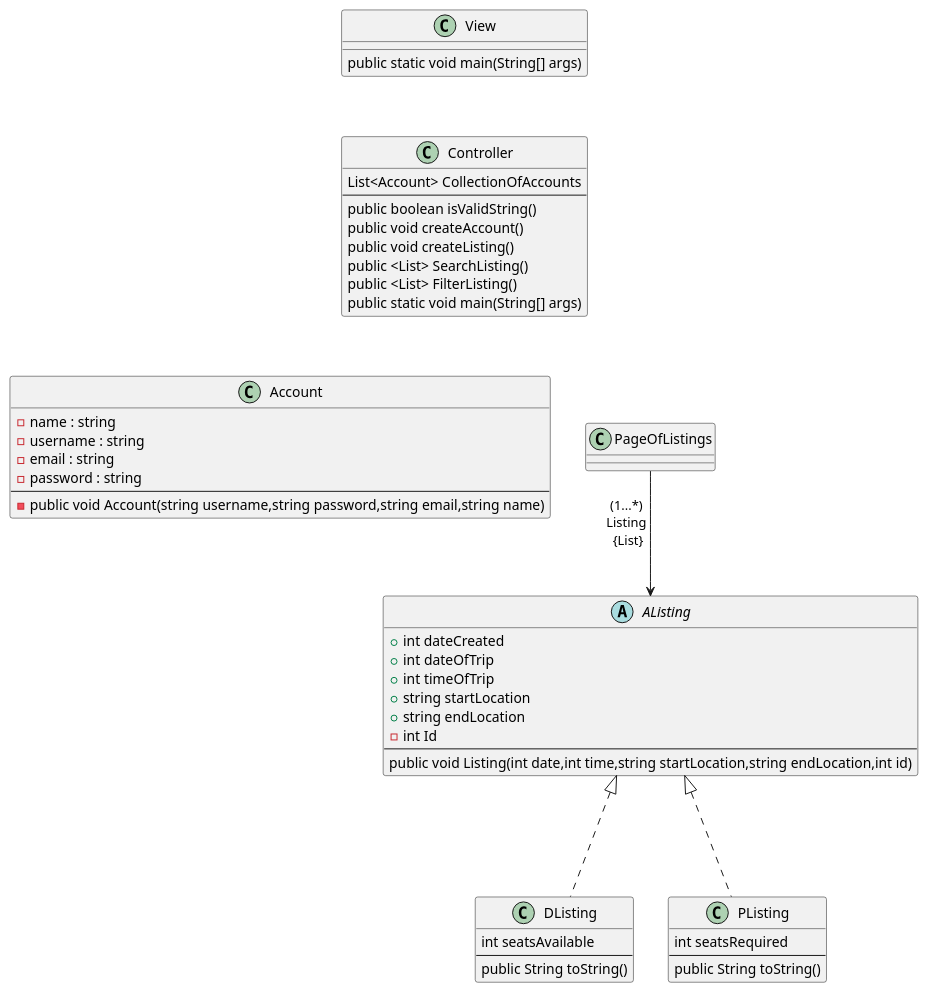
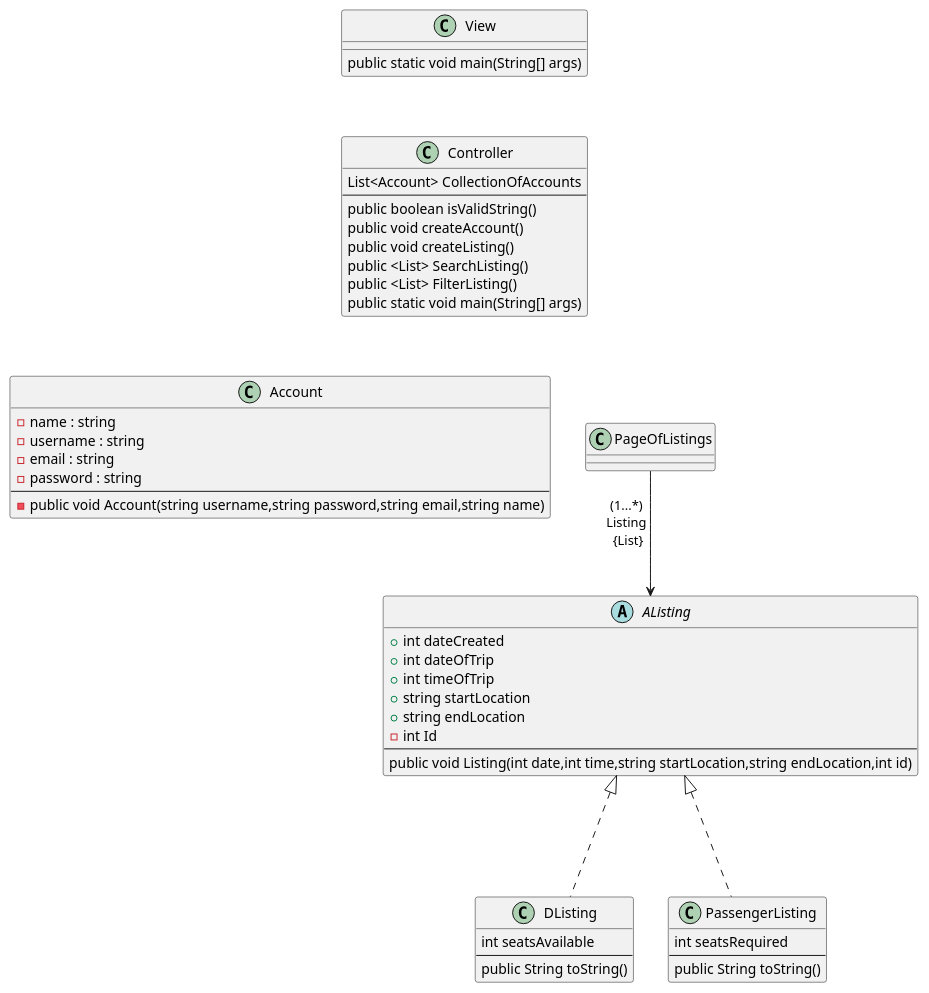
Before and after one commit to PriyaMulla/Carpool-Connect-VC: the fifth of 5 diagrams in doc/design.md, drawn with PlantUML. The commit also changed other lines of this file and 10 other files, not shown here.

````diff
--- a/doc/design.md
+++ b/doc/design.md
@@ -160,63 +158,63 @@
 ```plantuml
 @startuml
 
 class Account{
 -name : string
 -username : string
 -email : string
 -password : string
 --
 -public void Account(string username,string password,string email,string name)
 }
 
 abstract AListing{
 +int dateCreated
 +int dateOfTrip
 +int timeOfTrip
 +string startLocation
 +string endLocation
 -int Id
 --
 public void Listing(int date,int time,string startLocation,string endLocation,int id)
 }
 class DListing{
 int seatsAvailable
 --
 public String toString()
 }
-class PListing{
+class PassengerListing{
 int seatsRequired
 --
 public String toString()
 }
 class Controller{
 List<Account> CollectionOfAccounts 
 --
 public boolean isValidString()
 public void createAccount()
 public void createListing()
 public <List> SearchListing()
 public <List> FilterListing()
 public static void main(String[] args)
 }
 class PageOfListings{
 
 }
 class View{
  
 public static void main(String[] args)
 }
 together {
 class Account
 class PageOfListings
 }
 'Association
 View --[hidden] Controller
 Controller -[hidden] PageOfListings
 Controller --[hidden] Account
 PageOfListings --> "\n(1...*)\nListing\n {List}\n\n\n" AListing : \t\t\t
 AListing <|... DListing
-AListing <|... PListing
+AListing <|... PassengerListing
 Account -[hidden] PageOfListings
 @enduml
 ```
````
